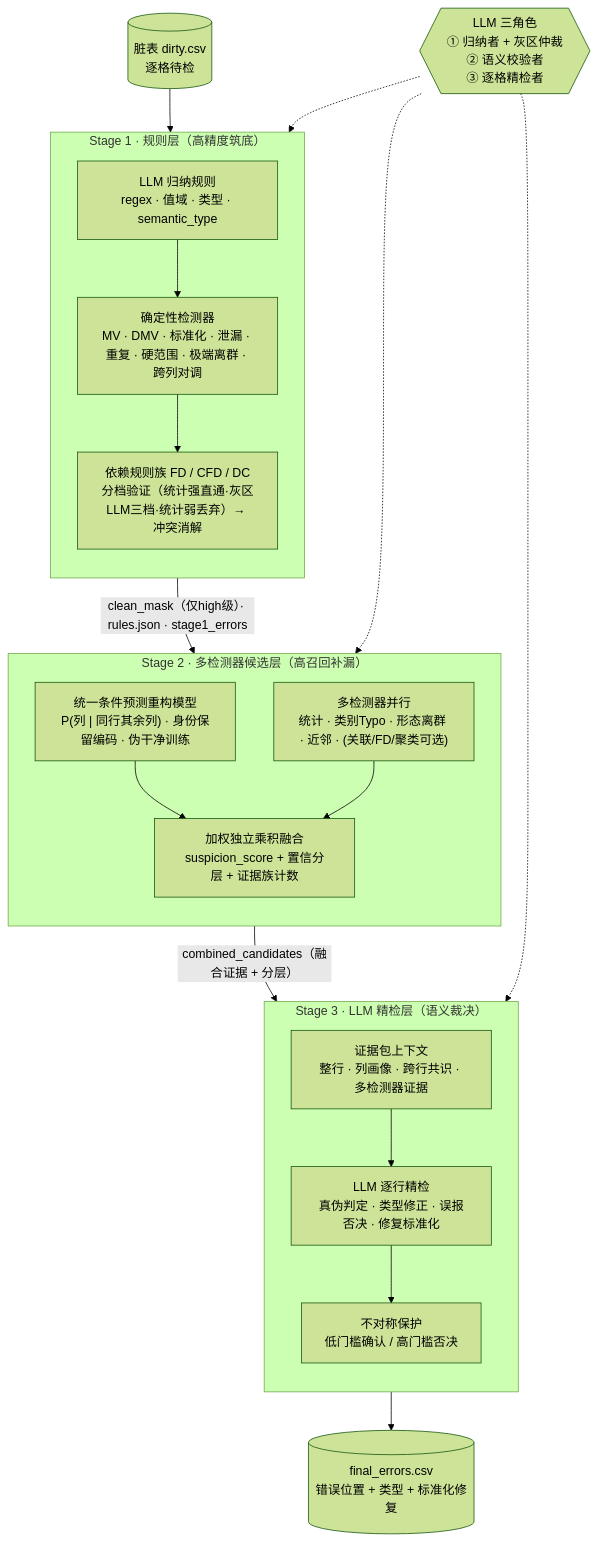
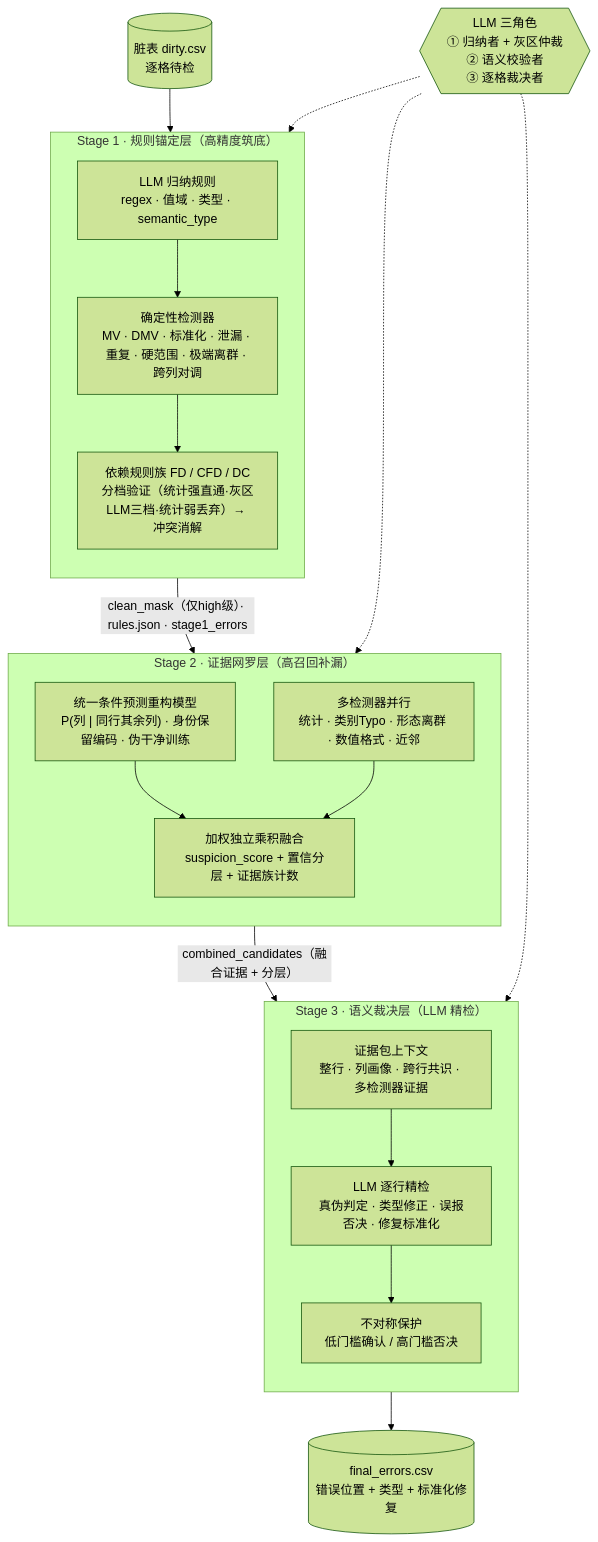
Before and after one commit to 1993371829/error_detect: the first of 3 diagrams in PIPELINE.md, drawn with Mermaid (forest theme). The commit also changed other lines of this file and 34 other files, not shown here.

````diff
--- a/PIPELINE.md
+++ b/PIPELINE.md
@@ -12,41 +22,41 @@
 ```mermaid
 flowchart TB
     IN[("脏表 dirty.csv<br/>逐格待检")]
 
-    subgraph S1["Stage 1 · 规则层（高精度筑底）"]
+    subgraph S1["Stage 1 · 规则锚定层（高精度筑底）"]
         direction TB
         S1A["LLM 归纳规则<br/>regex · 值域 · 类型 · semantic_type"]
         S1B["确定性检测器<br/>MV · DMV · 标准化 · 泄漏 · 重复 · 硬范围 · 极端离群 · 跨列对调"]
         S1C["依赖规则族 FD / CFD / DC<br/>分档验证（统计强直通·灰区LLM三档·统计弱丢弃）→ 冲突消解"]
         S1A --> S1B --> S1C
     end
 
-    subgraph S2["Stage 2 · 多检测器候选层（高召回补漏）"]
+    subgraph S2["Stage 2 · 证据网罗层（高召回补漏）"]
         direction TB
         S2A["统一条件预测重构模型<br/>P(列 | 同行其余列) · 身份保留编码 · 伪干净训练"]
-        S2B["多检测器并行<br/>统计 · 类别Typo · 形态离群 · 近邻 · (关联/FD/聚类可选)"]
+        S2B["多检测器并行<br/>统计 · 类别Typo · 形态离群 · 数值格式 · 近邻"]
         S2C["加权独立乘积融合<br/>suspicion_score + 置信分层 + 证据族计数"]
         S2A --> S2C
         S2B --> S2C
     end
 
-    subgraph S3["Stage 3 · LLM 精检层（语义裁决）"]
+    subgraph S3["Stage 3 · 语义裁决层（LLM 精检）"]
         direction TB
         S3A["证据包上下文<br/>整行 · 列画像 · 跨行共识 · 多检测器证据"]
         S3B["LLM 逐行精检<br/>真伪判定 · 类型修正 · 误报否决 · 修复标准化"]
         S3C["不对称保护<br/>低门槛确认 / 高门槛否决"]
         S3A --> S3B --> S3C
     end
 
     OUT[("final_errors.csv<br/>错误位置 + 类型 + 标准化修复")]
 
     IN --> S1
     S1 -->|"clean_mask（仅high级）· rules.json · stage1_errors"| S2
     S2 -->|"combined_candidates（融合证据 + 分层）"| S3
     S3 --> OUT
 
-    LLM{{"LLM 三角色<br/>① 归纳者 + 灰区仲裁<br/>② 语义校验者<br/>③ 逐格精检者"}}
+    LLM{{"LLM 三角色<br/>① 归纳者 + 灰区仲裁<br/>② 语义校验者<br/>③ 逐格裁决者"}}
     LLM -.-> S1
     LLM -.-> S2
     LLM -.-> S3
 ```
````
